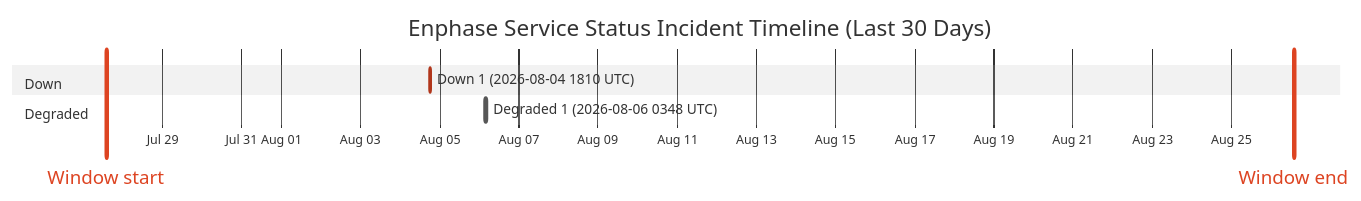
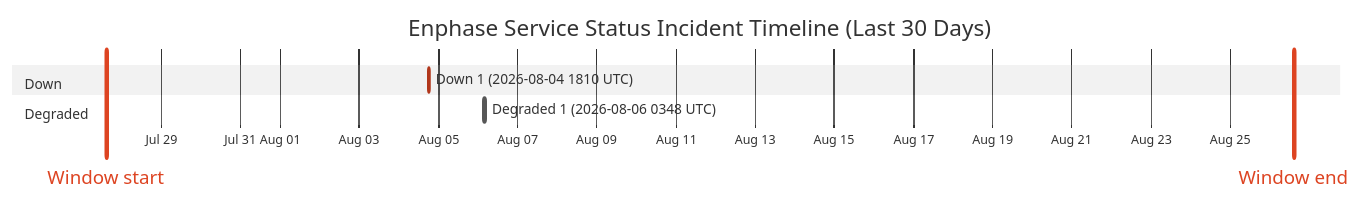
The diagram in wiki/Service-Status-History.md (barneyonline/ha-enphase-energy), drawn with Mermaid (neutral theme) before and after one commit. The commit also changed other lines of this file and 3 other files, not shown here.

````diff
--- a/wiki/Service-Status-History.md
+++ b/wiki/Service-Status-History.md
@@ -14,12 +14,12 @@
 ```mermaid
 gantt
     title Enphase Service Status Incident Timeline (Last 30 Days)
     dateFormat  YYYY-MM-DDTHH:mm:ss
     axisFormat  %b %d
-    Window start :vert, window-start, 2026-07-27T13:56:14, 0ms
-    Window end :vert, window-end, 2026-08-26T13:56:14, 0ms
+    Window start :vert, window-start, 2026-07-27T14:44:58, 0ms
+    Window end :vert, window-end, 2026-08-26T14:44:58, 0ms
     section Down
     Down 1 (2026-08-04 1810 UTC) :crit, down-1, 2026-08-04T18:10:46, 60m
     section Degraded
     Degraded 1 (2026-08-06 0348 UTC) :active, degraded-1, 2026-08-06T03:48:14, 60m
 ```
````
